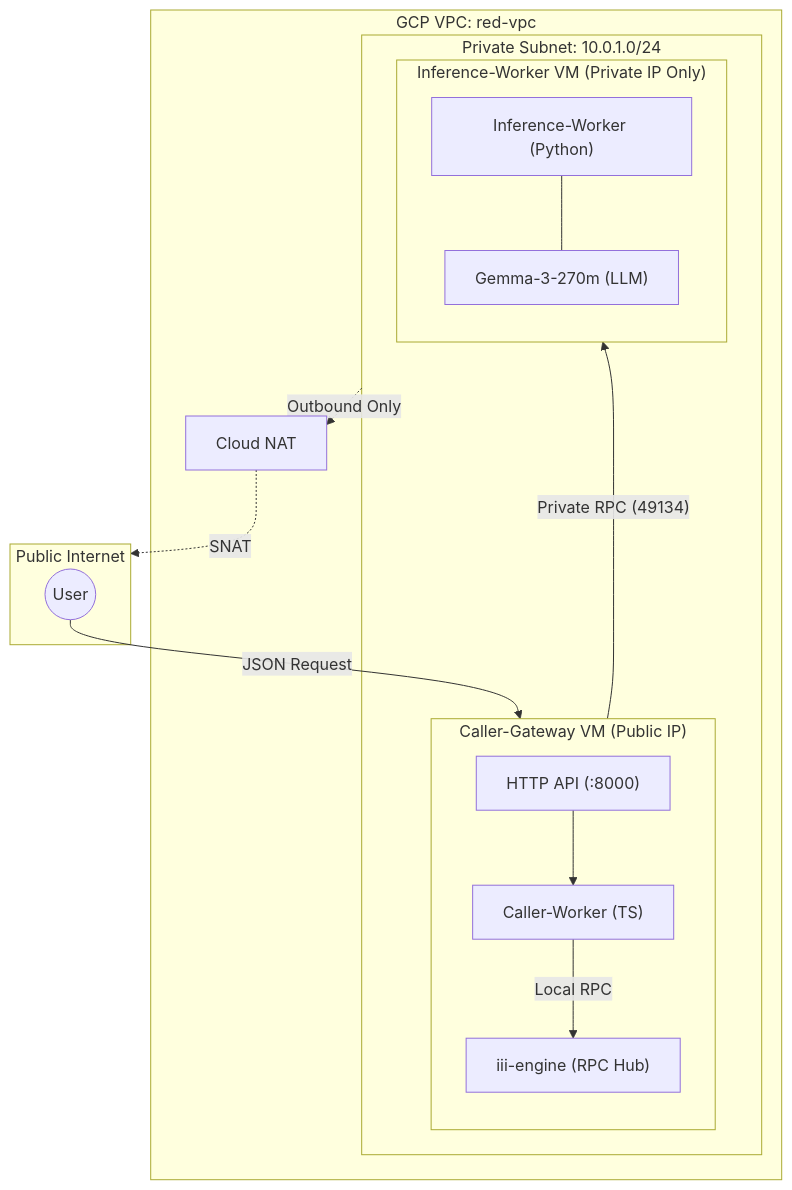
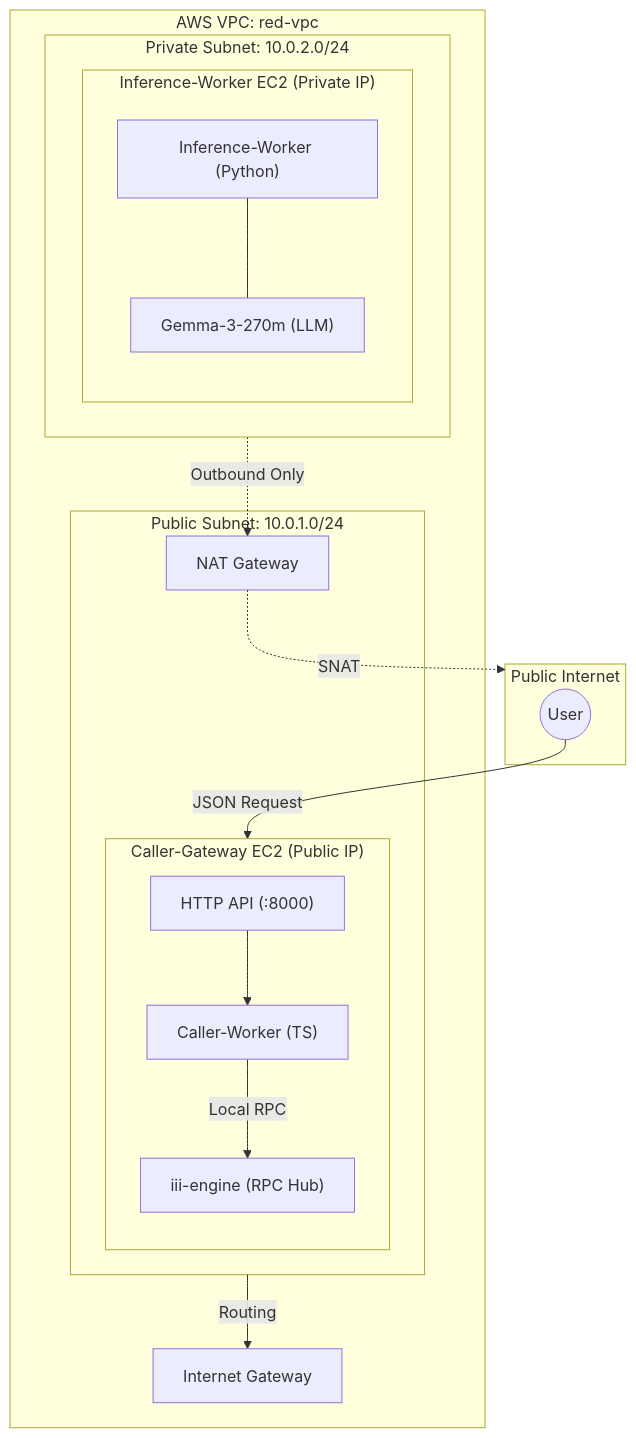
Before and after one commit to daschinmoy21/infra: the diagram in README.md, drawn with Mermaid. The commit also changed other lines of this file and 11 other files, not shown here.

````diff
--- a/README.md
+++ b/README.md
@@ -10,37 +10,38 @@
 ```mermaid
 graph TD
     subgraph Public ["Public Internet"]
         User((User))
     end
 
-    subgraph VPC ["GCP VPC: red-vpc"]
-        subgraph Subnet ["Private Subnet: 10.0.1.0/24"]
-            
-            subgraph GatewayVM ["Caller-Gateway VM (Public IP)"]
+    subgraph VPC ["AWS VPC: red-vpc"]
+        subgraph PublicSubnet ["Public Subnet: 10.0.1.0/24"]
+            subgraph GatewayVM ["Caller-Gateway EC2 (Public IP)"]
                 direction TB
                 API["HTTP API (:8000)"]
                 TS["Caller-Worker (TS)"]
                 Hub["iii-engine (RPC Hub)"]
                 
                 API --> TS
                 TS -- "Local RPC" --> Hub
             end
+            NAT["NAT Gateway"]
+        end
 
-            subgraph InferenceVM ["Inference-Worker VM (Private IP Only)"]
+        subgraph PrivateSubnet ["Private Subnet: 10.0.2.0/24"]
+            subgraph InferenceVM ["Inference-Worker EC2 (Private IP)"]
                 direction TB
                 Py["Inference-Worker (Python)"]
                 Model["Gemma-3-270m (LLM)"]
                 
                 Py --- Model
             end
-
-            Hub -- "Private RPC (49134)" --> Py
         end
 
-        NAT["Cloud NAT"]
-        Subnet -. "Outbound Only" .-> NAT
+        IGW["Internet Gateway"]
+        PublicSubnet -- "Routing" --> IGW
+        PrivateSubnet -. "Outbound Only" .-> NAT
     end
 
     User -- "JSON Request" --> API
     NAT -. "SNAT" .-> Public
 ```
````
